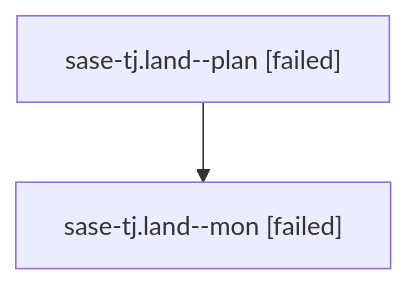
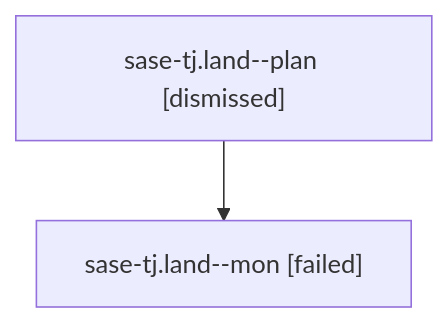
One commit to sase-org/sase--agents changed the diagram in families/bbugyi200.athena.sase-tj.land.md. Above: the diagram before and after it, drawn with Mermaid. The commit also changed other lines of this file and 197 other files, not shown here.

````diff
--- a/families/bbugyi200.athena.sase-tj.land.md
+++ b/families/bbugyi200.athena.sase-tj.land.md
@@ -9,6 +9,6 @@
 ```mermaid
 flowchart TD
-  n0["sase-tj.land--plan [failed]"]
+  n0["sase-tj.land--plan [dismissed]"]
   n1["sase-tj.land--mon [failed]"]
   n0 --> n1
 ```
````
